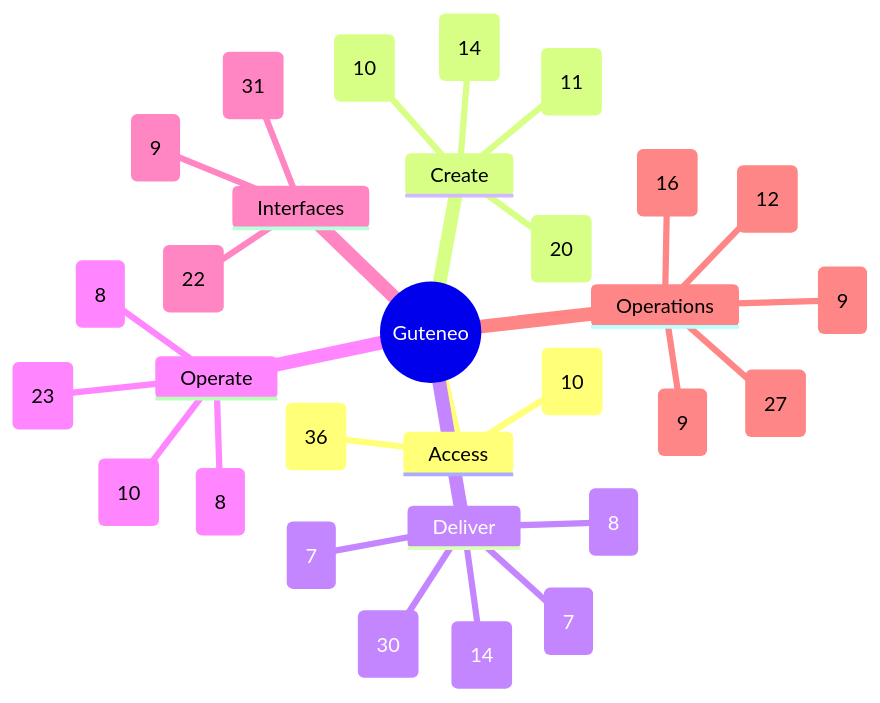
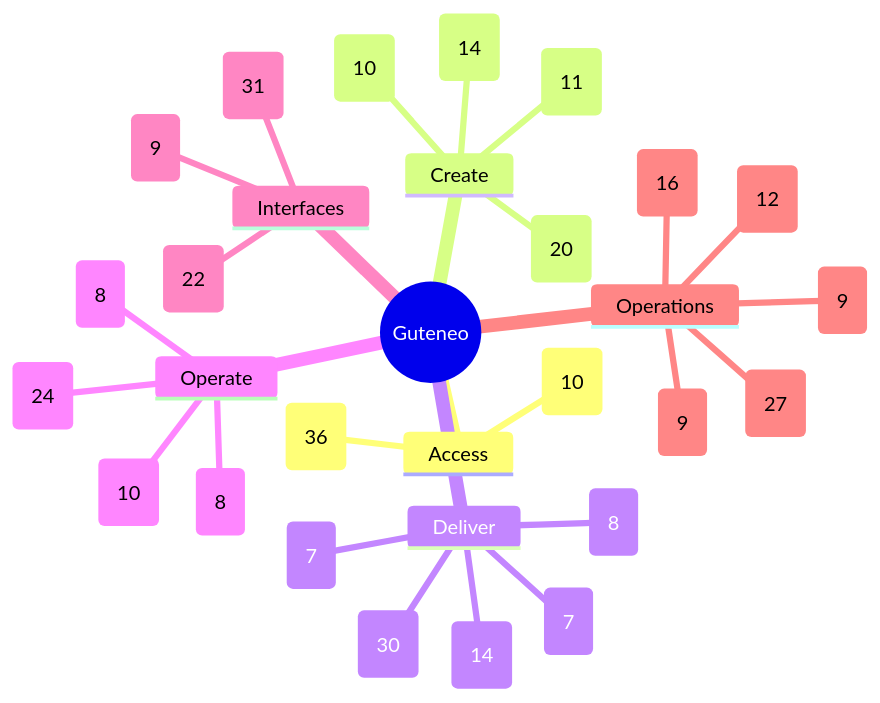
The diagram in docs/FEATURE_MAP.md (nclsppr/guteneo), drawn with Mermaid before and after one commit. The commit also changed other lines of this file and 20 other files, not shown here.

````diff
--- a/docs/FEATURE_MAP.md
+++ b/docs/FEATURE_MAP.md
@@ -13,33 +13,33 @@
 ```mermaid
 mindmap
   root((Guteneo))
     Access
       Access and identity (36)
       Team and responsibilities (10)
     Create
       Documents and protection (20)
       Template studio (14)
       Data and mappings (10)
       PDF generation and distribution (11)
     Deliver
       Fax (7)
       Postal mail (8)
       Email and protected links (14)
       Sensitive distribution and personal documents (30)
       Dispatch dry run (7)
     Operate
       Campaigns and tracking (8)
       Credits and billing (8)
-      Workspace layout and browser appearance (23)
+      Workspace layout and browser appearance (24)
       PDF verification (10)
     Interfaces
       Assistants and API (31)
       iPhone and iPad (9)
       Public pages, languages and appearance (22)
     Operations
       Reviewer OAuth qualification (9)
       Operations and reliability (27)
       Belvédère platform oversight (9)
       Public service status (16)
       Engineering documentation (12)
 ```
````
